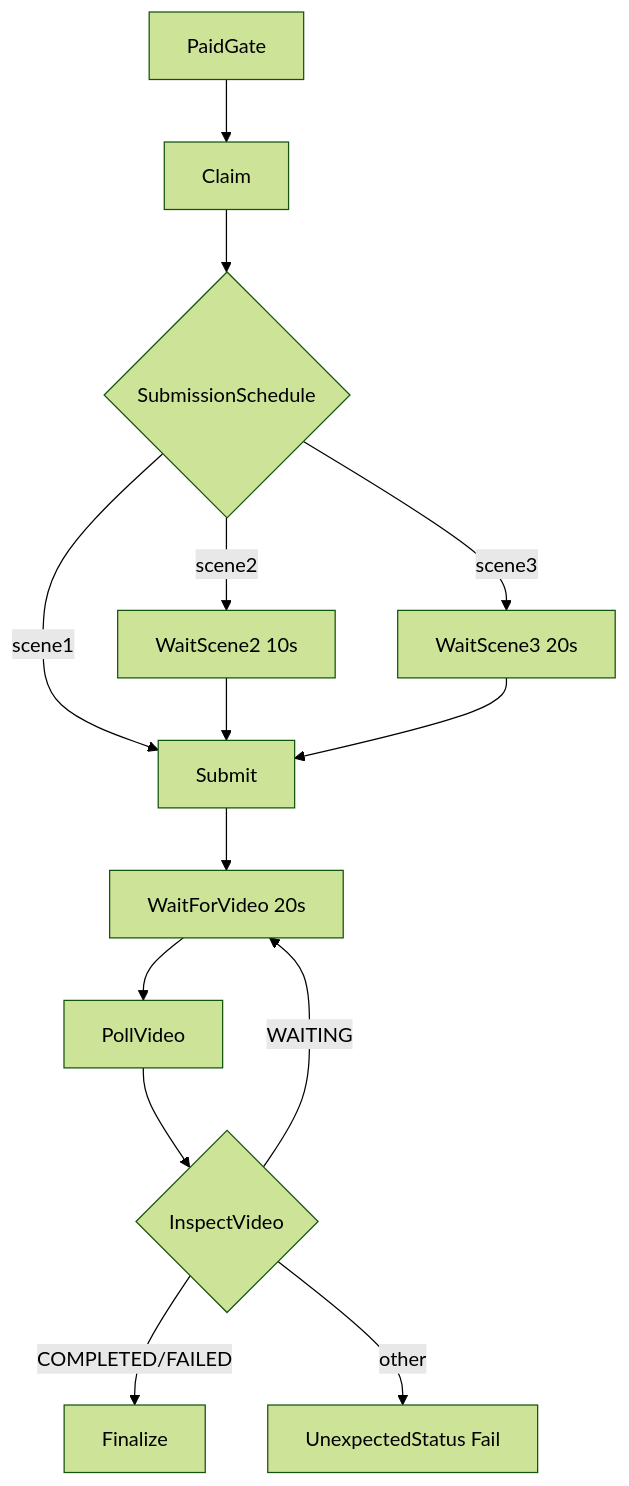
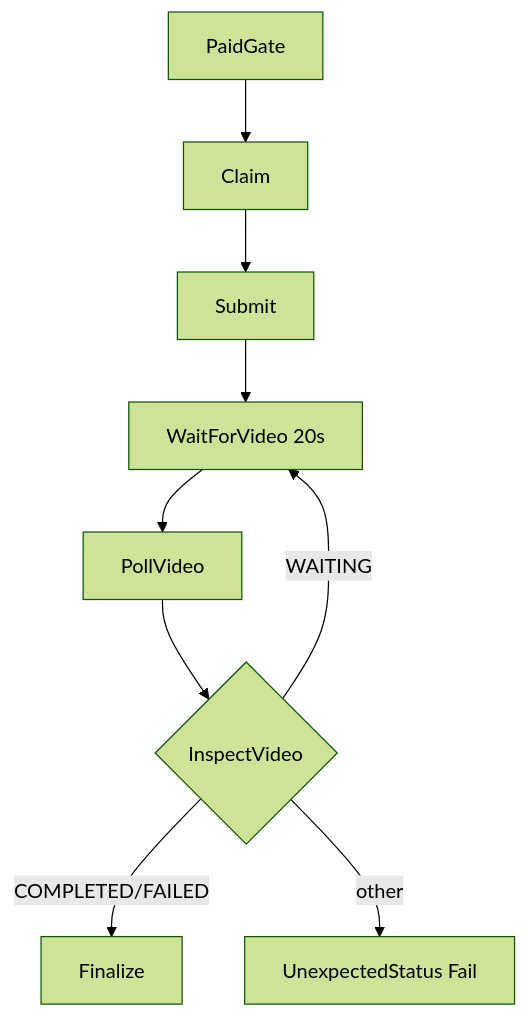
Before and after one commit to rorygleeson/afl-video-platform: the second of 2 diagrams in docs/INFRASTRUCTURE.md, drawn with Mermaid (forest theme). The commit also changed other lines of this file, not shown here.

````diff
--- a/docs/INFRASTRUCTURE.md
+++ b/docs/INFRASTRUCTURE.md
@@ -84,16 +84,11 @@
 ```mermaid
 flowchart TD
  G[PaidGate] --> C[Claim]
- C --> S{SubmissionSchedule}
- S -- scene1 --> P[Submit]
- S -- scene2 --> W2[WaitScene2 10s]
- S -- scene3 --> W3[WaitScene3 20s]
- W2 --> P
- W3 --> P
+ C --> P[Submit]
  P --> W[WaitForVideo 20s]
  W --> L[PollVideo]
  L --> I{InspectVideo}
  I -- WAITING --> W
  I -- COMPLETED/FAILED --> F[Finalize]
  I -- other --> U[UnexpectedStatus Fail]
 ```
````
